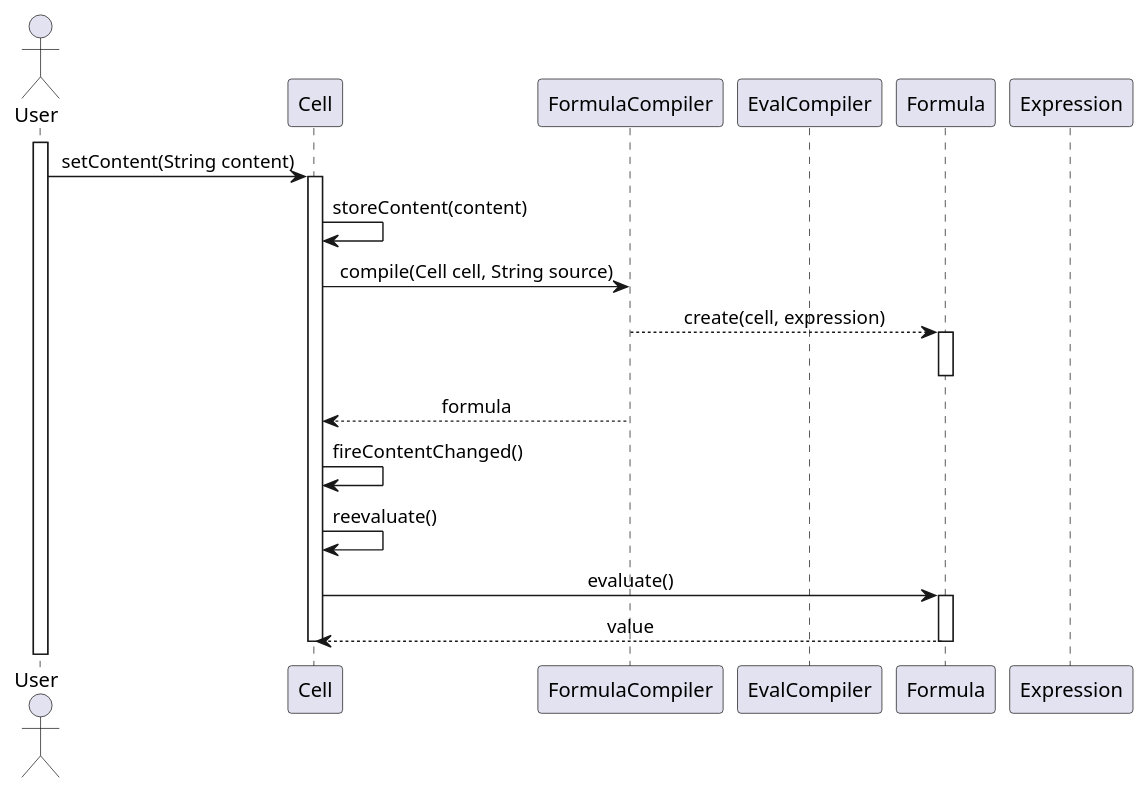
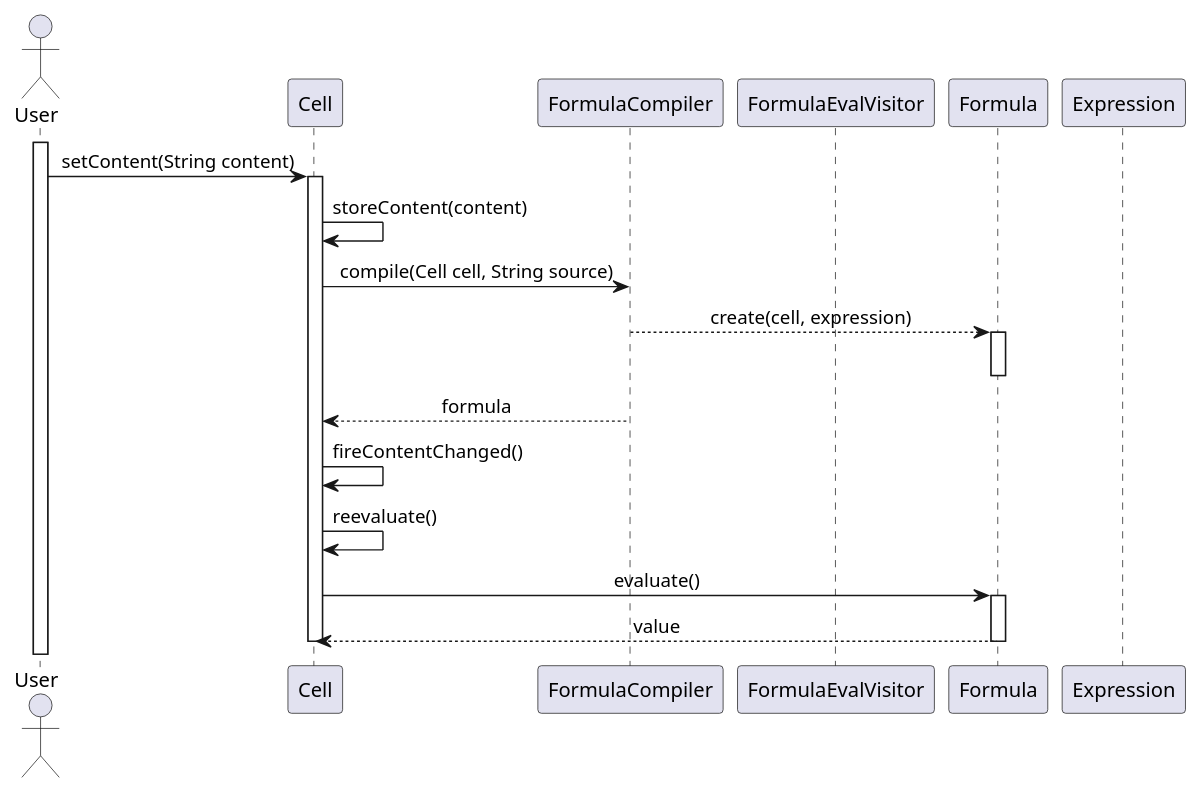
The diagram in src/main/java/lapr4/green/s3/lang/n1140618/design_lang01.3.puml (PeFerreira98/ISEP.Lic.LAPR4_2017), drawn with PlantUML before and after one commit. The commit also changed 2 other files, not shown here.

```diff
--- a/src/main/java/lapr4/green/s3/lang/n1140618/design_lang01.3.puml
+++ b/src/main/java/lapr4/green/s3/lang/n1140618/design_lang01.3.puml
@@ -1,39 +1,39 @@
 @startuml design_lang01.3.png
 
 skinparam sequenceMessageAlign center
 
 actor User
 participant "Cell" as cell
 participant "FormulaCompiler" as fc
-participant "EvalCompiler" as ec
+participant "FormulaEvalVisitor" as ec
 participant "Formula" as form
 participant "Expression" as exp
 
 
 activate User
 User->cell: setContent(String content)
 
 activate cell
 cell->cell: storeContent(content)
 
 
 cell->fc: compile(Cell cell, String source)
 
 fc-->form: create(cell, expression)
 activate form
 deactivate form
 fc-->cell: formula
 deactivate fc
 
 cell->cell: fireContentChanged()
 cell->cell: reevaluate()
 
 cell->form: evaluate()
 activate form
 
 form-->cell: value
 deactivate form
 
 deactivate cell
 
 @enduml
```
